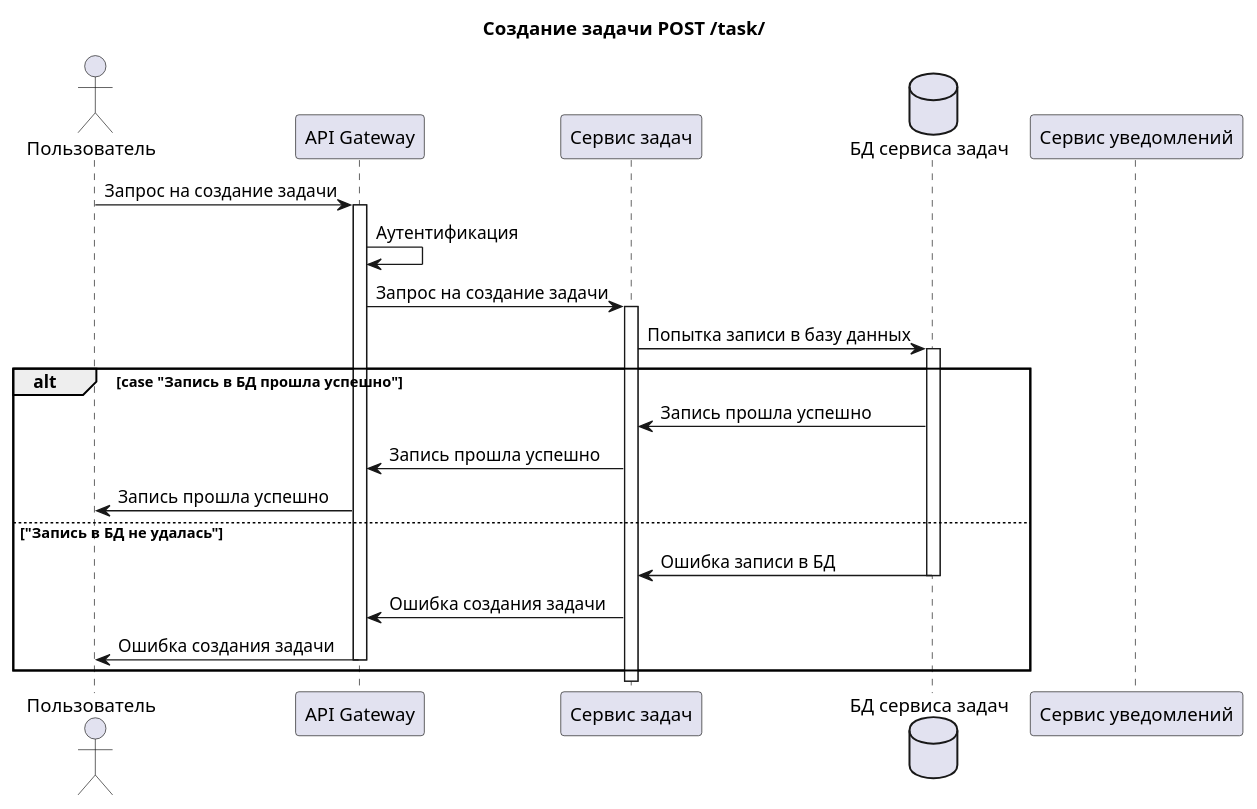
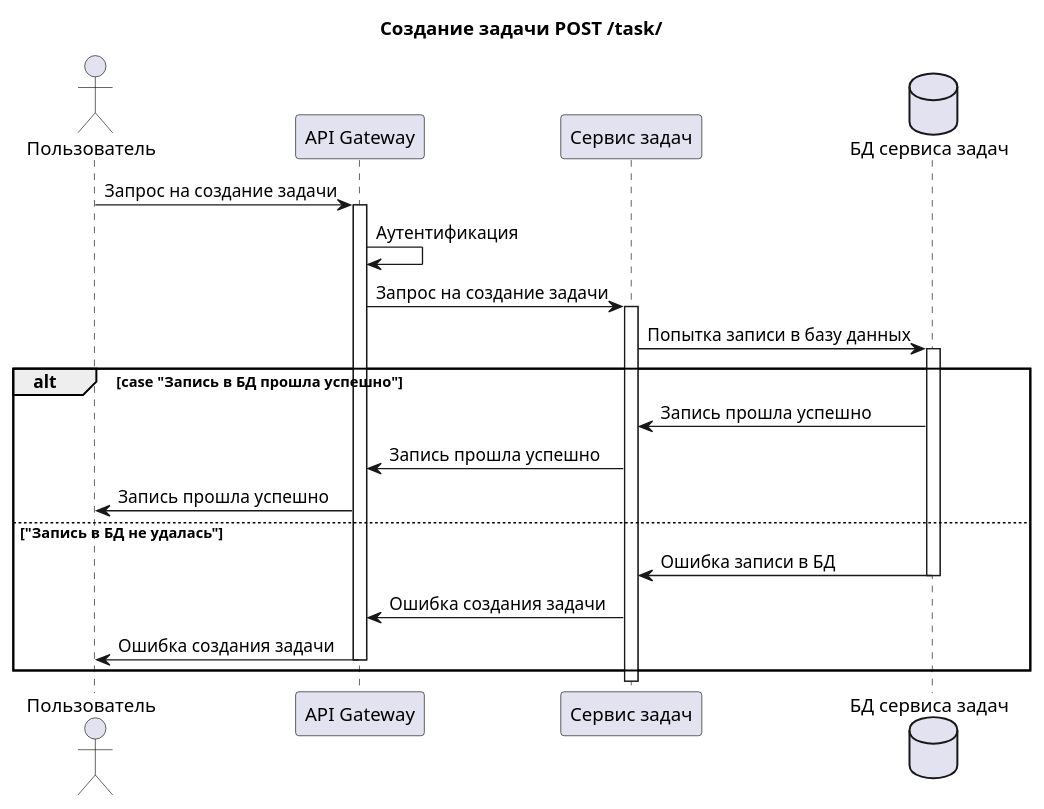
The diagram in Диаграммы последовательностей/Создание задачи.md (yn96k/task-tracker), drawn with PlantUML before and after one commit. The commit also changed other lines of this file, not shown here.

````diff
--- a/Диаграммы последовательностей/Создание задачи.md
+++ b/Диаграммы последовательностей/Создание задачи.md
@@ -7,27 +4,26 @@
 ```plantuml
 title "Создание задачи POST /task/"
 
 actor user as "Пользователь"
 
 participant apiGateway as "API Gateway"
 participant taskService as "Сервис задач"
 database taskService_db as "БД сервиса задач"
-participant notif_service as "Сервис уведомлений"
 
 user -> apiGateway++: Запрос на создание задачи
 apiGateway -> apiGateway: Аутентификация
 
 apiGateway -> taskService++: Запрос на создание задачи
 taskService -> taskService_db++: Попытка записи в базу данных
 
 alt case "Запись в БД прошла успешно"
 taskService <- taskService_db: Запись прошла успешно
 
 apiGateway <- taskService: Запись прошла успешно
 user <- apiGateway: Запись прошла успешно
 else "Запись в БД не удалась"
 taskService <- taskService_db--: Ошибка записи в БД
 apiGateway <- taskService: Ошибка создания задачи
 user <- apiGateway--: Ошибка создания задачи
 end
 ```
````
